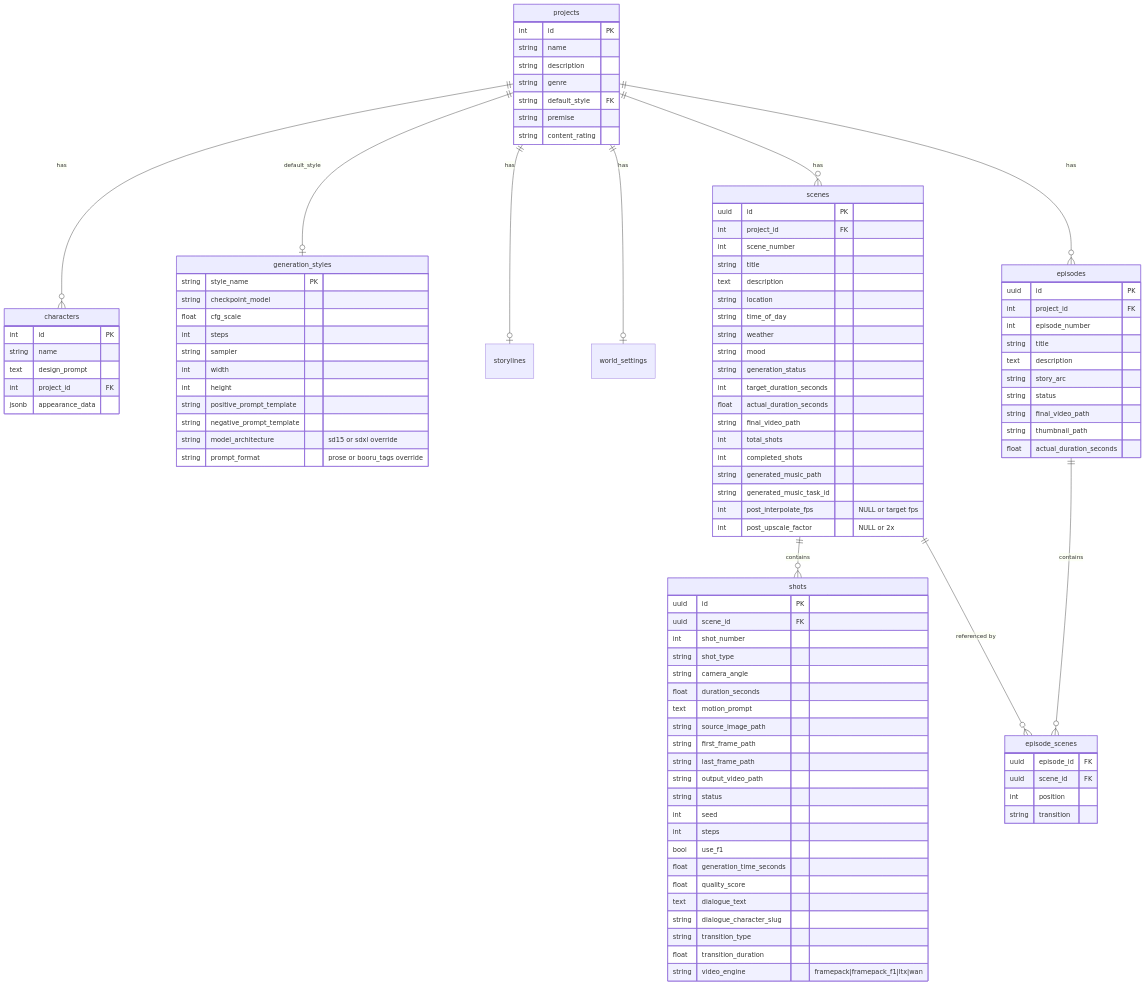
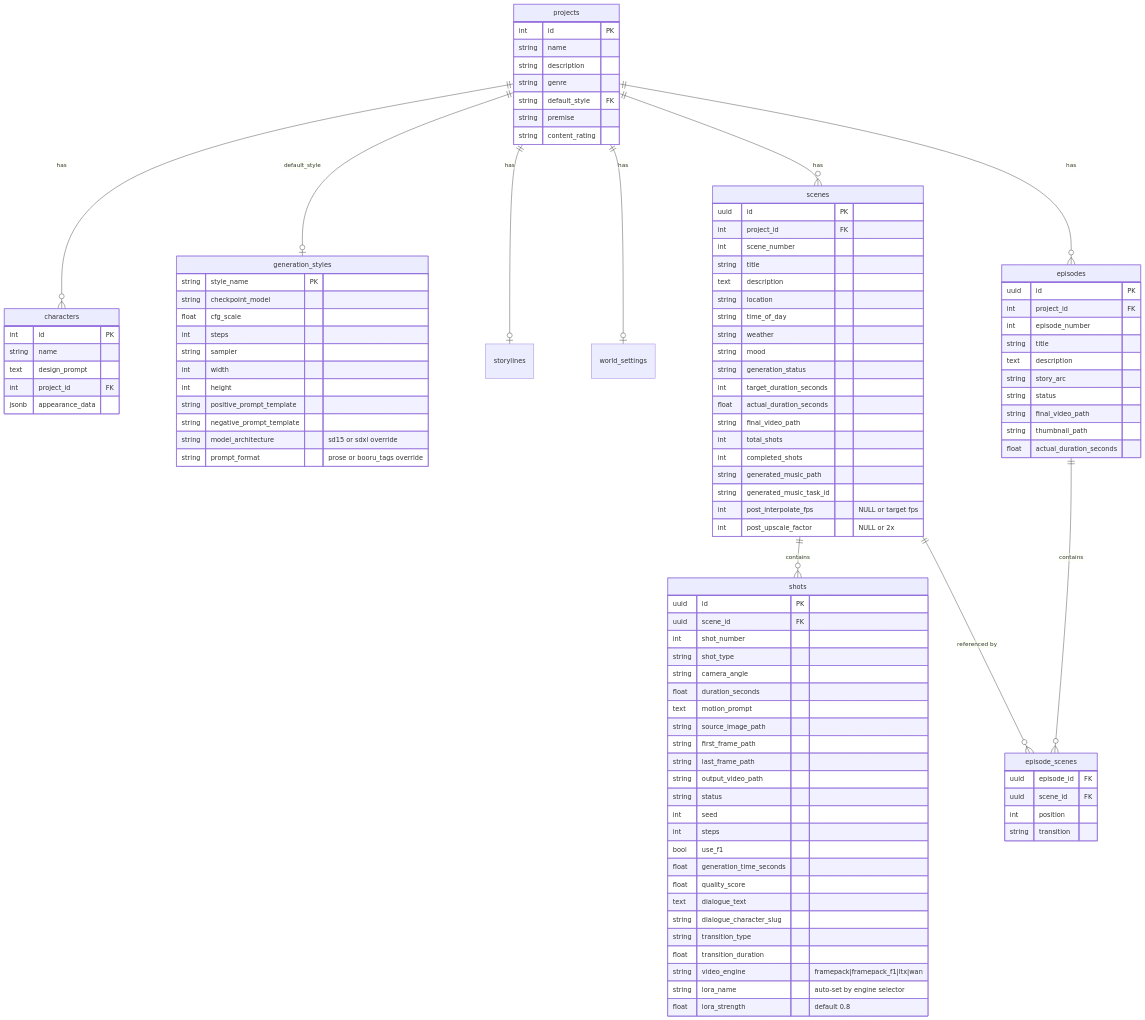
The second of 11 diagrams in ARCHITECTURE.md (pvestal/tower-anime-production), drawn with Mermaid before and after one commit. The commit also changed other lines of this file and 1 other file, not shown here.

First line of the commit message:
docs: update README + ARCHITECTURE for auto engine selection

```diff
--- a/ARCHITECTURE.md
+++ b/ARCHITECTURE.md
@@ -210,6 +218,8 @@
         string transition_type
         float transition_duration
         string video_engine "framepack|framepack_f1|ltx|wan"
+        string lora_name "auto-set by engine selector"
+        float lora_strength "default 0.8"
     }
 
     episodes {
```
